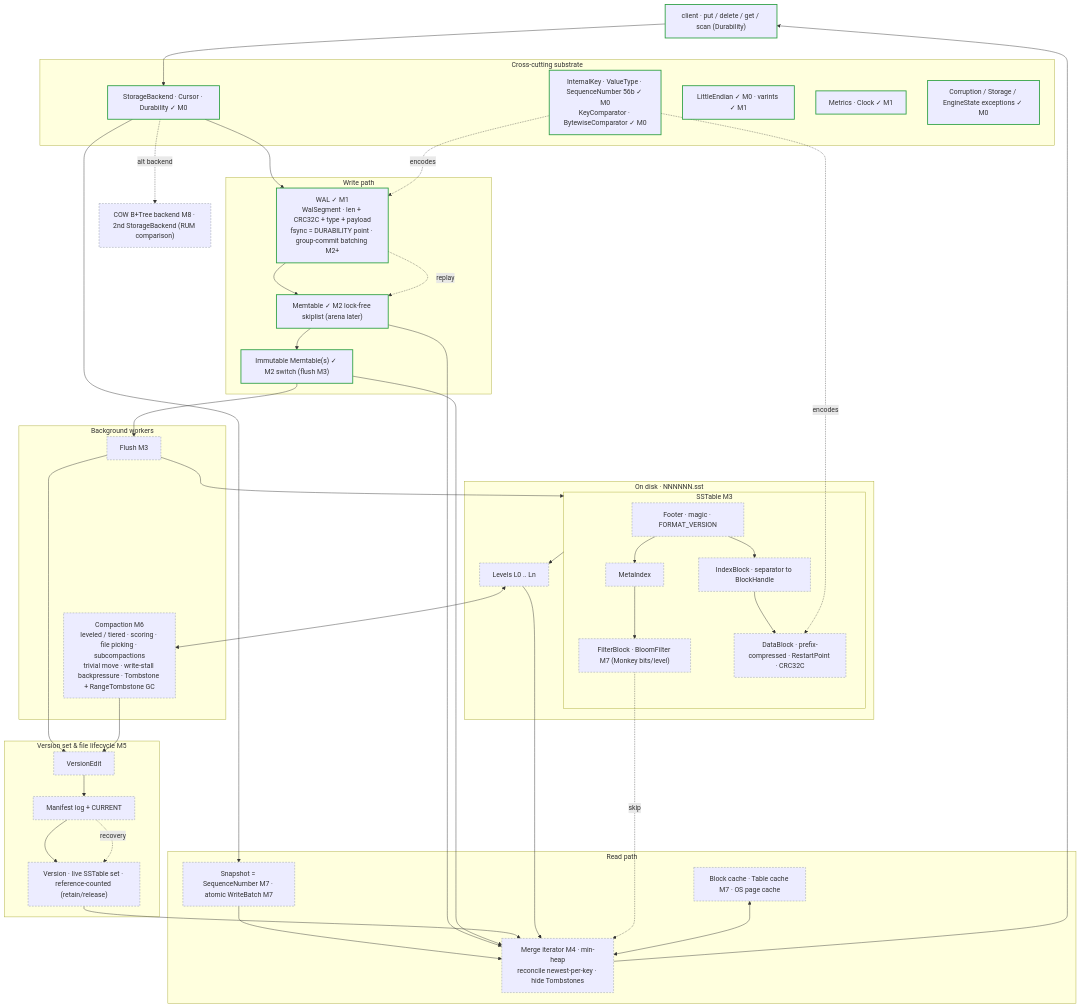
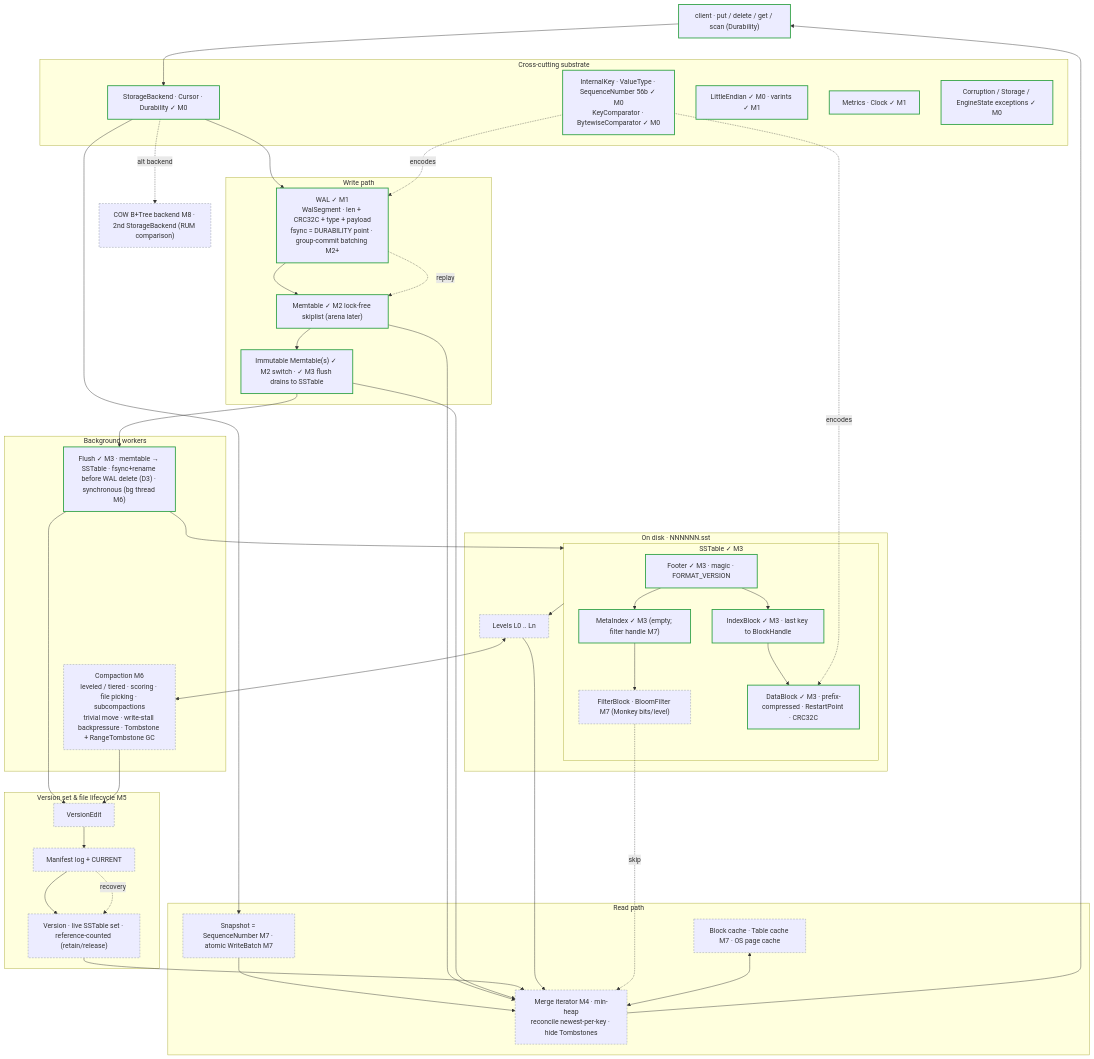
One commit to rahul-j0shi/shale changed the second of 4 diagrams in README.md. Above: the diagram before and after it, drawn with Mermaid. The commit also changed other lines of this file and 1 other file, not shown here.

First line of the commit message:
docs(docs): M3 release note and README status/diagram update

````diff
--- a/README.md
+++ b/README.md
@@ -102,82 +104,82 @@
 ```mermaid
 flowchart TB
   client["client · put / delete / get / scan (Durability)"]:::done
 
   subgraph xcut["Cross-cutting substrate"]
     spi["StorageBackend · Cursor · Durability ✓ M0"]:::done
     keyz["InternalKey · ValueType · SequenceNumber 56b ✓ M0<br/>KeyComparator · BytewiseComparator ✓ M0"]:::done
     codez["LittleEndian ✓ M0 · varints ✓ M1"]:::done
     obs["Metrics · Clock ✓ M1"]:::done
     errs["Corruption / Storage / EngineState exceptions ✓ M0"]:::done
   end
 
   subgraph wpath["Write path"]
     wal["WAL ✓ M1<br/>WalSegment · len + CRC32C + type + payload<br/>fsync = DURABILITY point · group-commit batching M2+"]:::done
     mem["Memtable ✓ M2 lock-free skiplist (arena later)"]:::done
-    imm["Immutable Memtable(s) ✓ M2 switch (flush M3)"]:::done
+    imm["Immutable Memtable(s) ✓ M2 switch · ✓ M3 flush drains to SSTable"]:::done
   end
 
   subgraph bg["Background workers"]
-    flush["Flush M3"]:::plan
+    flush["Flush ✓ M3 · memtable → SSTable · fsync+rename before WAL delete (D3) · synchronous (bg thread M6)"]:::done
     comp["Compaction M6<br/>leveled / tiered · scoring · file picking · subcompactions<br/>trivial move · write-stall backpressure · Tombstone + RangeTombstone GC"]:::plan
   end
 
   subgraph store["On disk · NNNNNN.sst"]
-    subgraph sstable["SSTable M3"]
-      ft["Footer · magic · FORMAT_VERSION"]:::plan
-      idx["IndexBlock · separator to BlockHandle"]:::plan
-      mi["MetaIndex"]:::plan
+    subgraph sstable["SSTable ✓ M3"]
+      ft["Footer ✓ M3 · magic · FORMAT_VERSION"]:::done
+      idx["IndexBlock ✓ M3 · last key to BlockHandle"]:::done
+      mi["MetaIndex ✓ M3 (empty; filter handle M7)"]:::done
       fb["FilterBlock · BloomFilter M7 (Monkey bits/level)"]:::plan
-      db["DataBlock · prefix-compressed · RestartPoint · CRC32C"]:::plan
+      db["DataBlock ✓ M3 · prefix-compressed · RestartPoint · CRC32C"]:::done
     end
     lvl["Levels L0 .. Ln"]:::plan
   end
 
   subgraph vers["Version set & file lifecycle M5"]
     edit["VersionEdit"]:::plan
     man["Manifest log + CURRENT"]:::plan
     ver["Version · live SSTable set · reference-counted (retain/release)"]:::plan
   end
 
   subgraph rpath["Read path"]
     snap["Snapshot = SequenceNumber M7 · atomic WriteBatch M7"]:::plan
     merge["Merge iterator M4 · min-heap<br/>reconcile newest-per-key · hide Tombstones"]:::plan
     cache["Block cache · Table cache M7 · OS page cache"]:::plan
   end
 
   bpt["COW B+Tree backend M8 · 2nd StorageBackend (RUM comparison)"]:::plan
 
   client --> spi
   spi --> wal
   wal --> mem
   mem --> imm
   imm --> flush
   flush --> sstable
   sstable --> lvl
   ft --> idx
   ft --> mi
   idx --> db
   mi --> fb
   flush --> edit
   comp --> edit
   lvl <--> comp
   edit --> man
   man --> ver
   spi --> snap
   snap --> merge
   mem --> merge
   imm --> merge
   ver --> merge
   lvl --> merge
   fb -. skip .-> merge
   cache <--> merge
   merge --> client
   man -. recovery .-> ver
   wal -. replay .-> mem
   keyz -. encodes .-> wal
   keyz -. encodes .-> db
   spi -. alt backend .-> bpt
 
   classDef done stroke:#2ea043,stroke-width:2px;
   classDef plan stroke:#8b949e,stroke-width:1px,stroke-dasharray:4 3;
 ```
````
